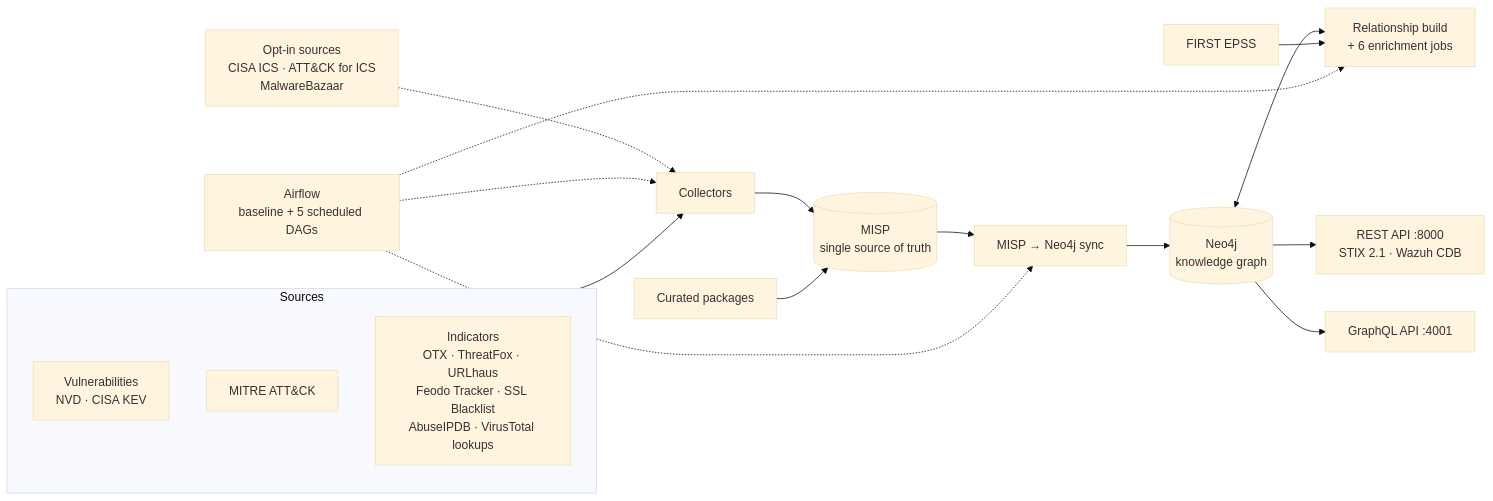
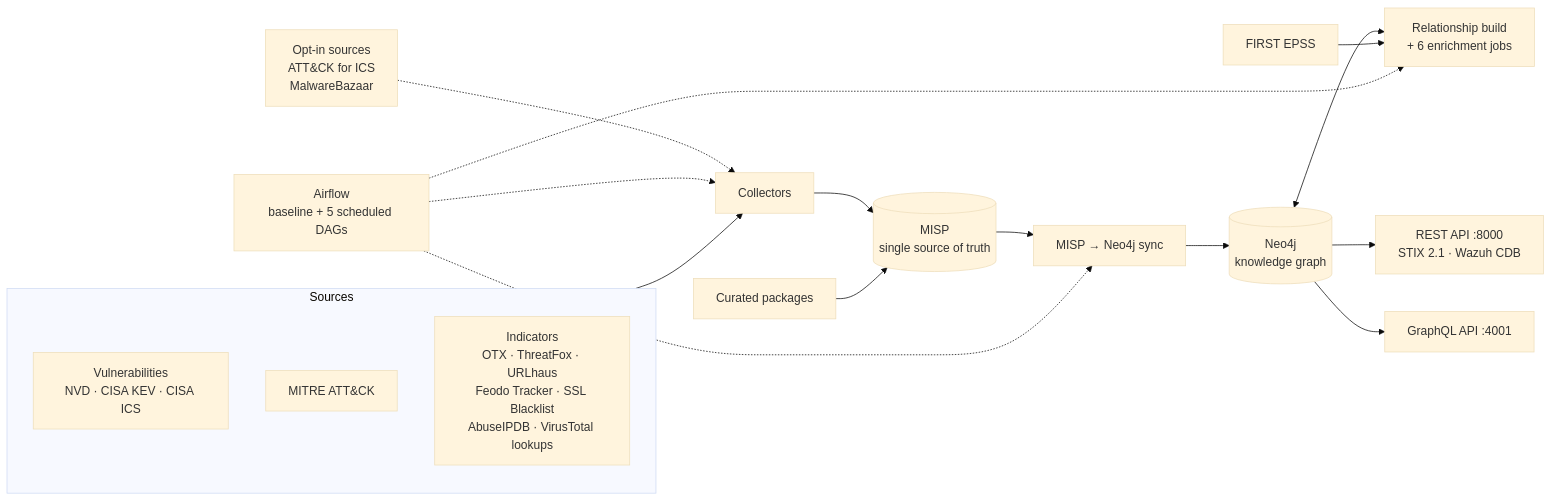
One commit to Kopanov/EdgeGuard-Knowledge-Graph changed the diagram in README.md. Above: the diagram before and after it, drawn with Mermaid (base theme). The commit also changed other lines of this file and 39 other files, not shown here.

First line of the commit message:
CISA ICS on by default; README and docs follow the report records, text caps and source fields (#317)

````diff
--- a/README.md
+++ b/README.md
@@ -60,32 +61,32 @@
 ```mermaid
 flowchart LR
     subgraph SRC["Sources"]
-        VUL["Vulnerabilities<br/>NVD · CISA KEV"]
+        VUL["Vulnerabilities<br/>NVD · CISA KEV · CISA ICS"]
         ATT["MITRE ATT&CK"]
         IND["Indicators<br/>OTX · ThreatFox · URLhaus<br/>Feodo Tracker · SSL Blacklist<br/>AbuseIPDB · VirusTotal lookups"]
     end
-    OPT["Opt-in sources<br/>CISA ICS · ATT&CK for ICS<br/>MalwareBazaar"]
+    OPT["Opt-in sources<br/>ATT&CK for ICS<br/>MalwareBazaar"]
     CUR["Curated packages"]
     AF["Airflow<br/>baseline + 5 scheduled DAGs"]
     COL["Collectors"]
     MISP[("MISP<br/>single source of truth")]
     SYNC["MISP → Neo4j sync"]
     NEO[("Neo4j<br/>knowledge graph")]
     ENR["Relationship build<br/>+ 6 enrichment jobs"]
     EPSS["FIRST EPSS"]
     REST["REST API :8000<br/>STIX 2.1 · Wazuh CDB"]
     GQL["GraphQL API :4001"]
 
     SRC --> COL
     OPT -.-> COL
     COL --> MISP
     CUR --> MISP
     MISP --> SYNC --> NEO
     NEO <--> ENR
     EPSS --> ENR
     AF -.-> COL
     AF -.-> SYNC
     AF -.-> ENR
     NEO --> REST
     NEO --> GQL
 ```
````
